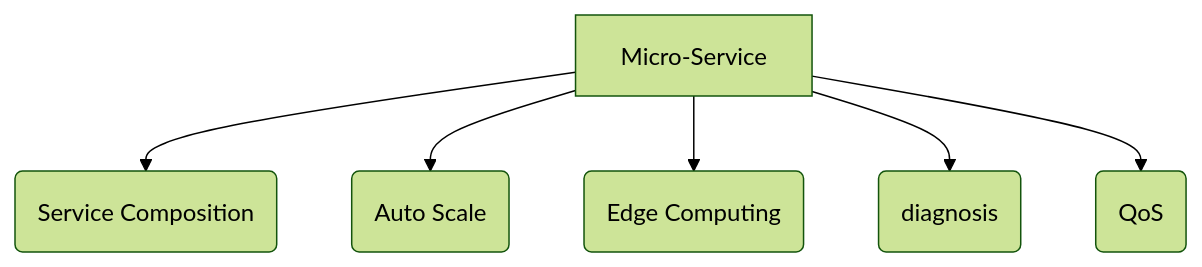
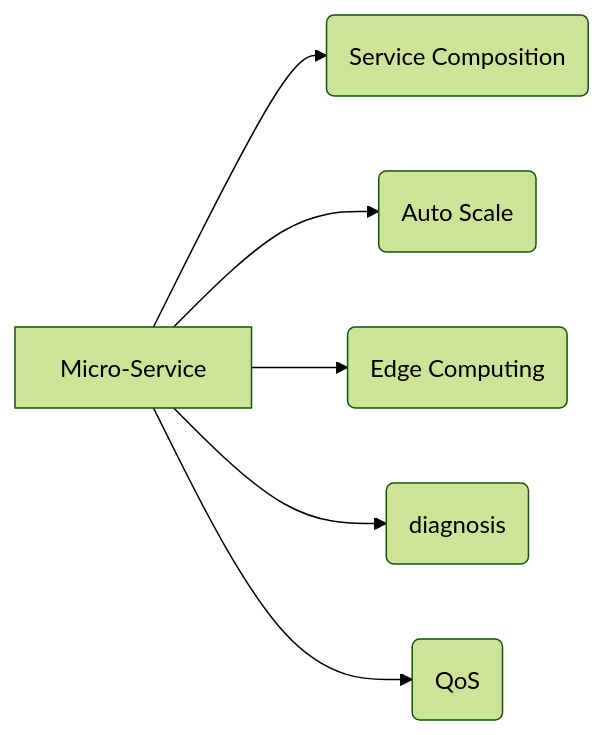
The diagram in _posts/2019-08-20-Plan.md (GuodongFan/GuodongFan.github.io), drawn with Mermaid (forest theme) before and after one commit.

```diff
--- a/_posts/2019-08-20-Plan.md
+++ b/_posts/2019-08-20-Plan.md
@@ -9,9 +9,9 @@
 <div class="mermaid">
-graph TD; 
+graph LR
 
 A[Micro-Service] --> B(Service Composition)
 A --> C(Auto Scale)
 A --> D(Edge Computing)
 A --> E(diagnosis)
 A --> F(QoS)
 </div>
```
